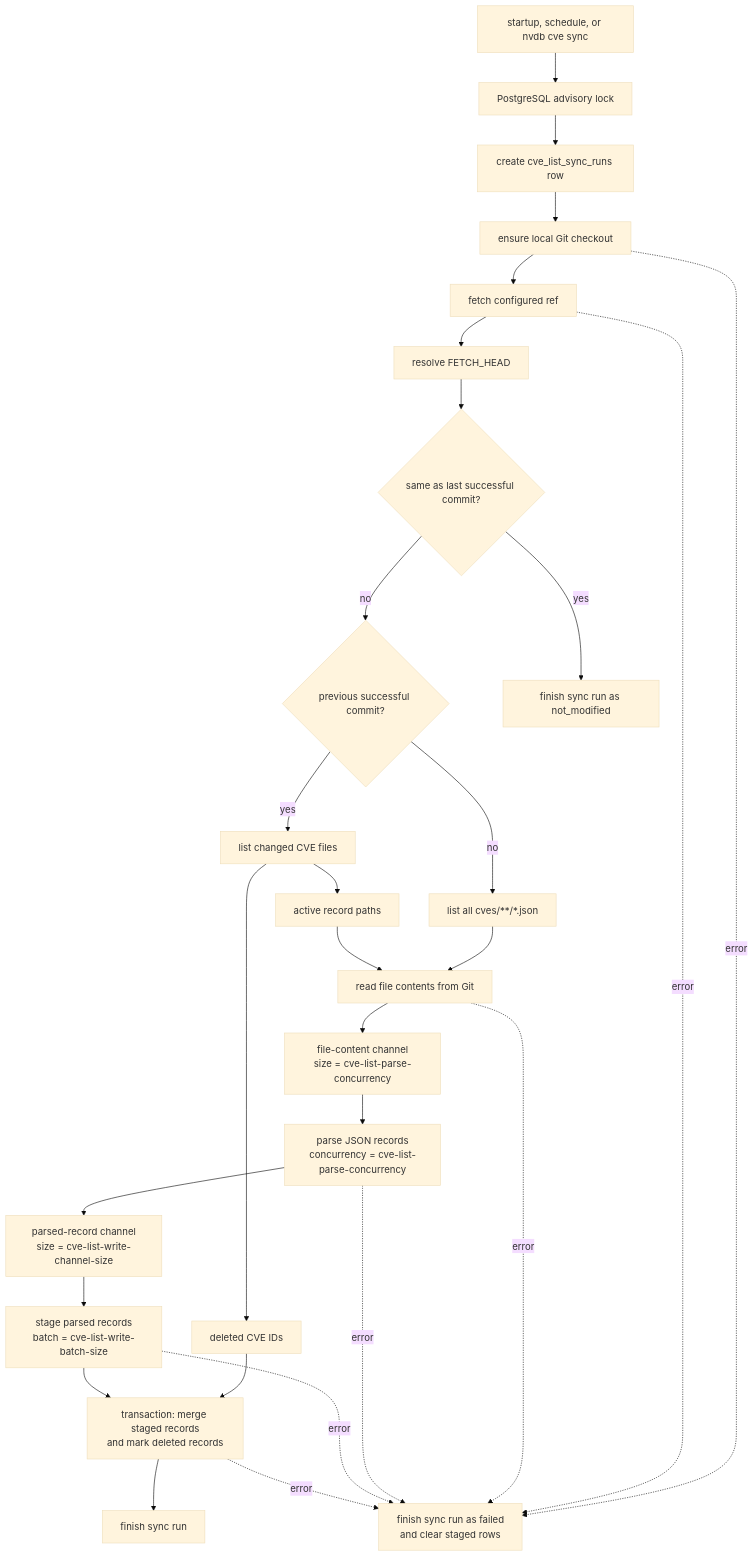
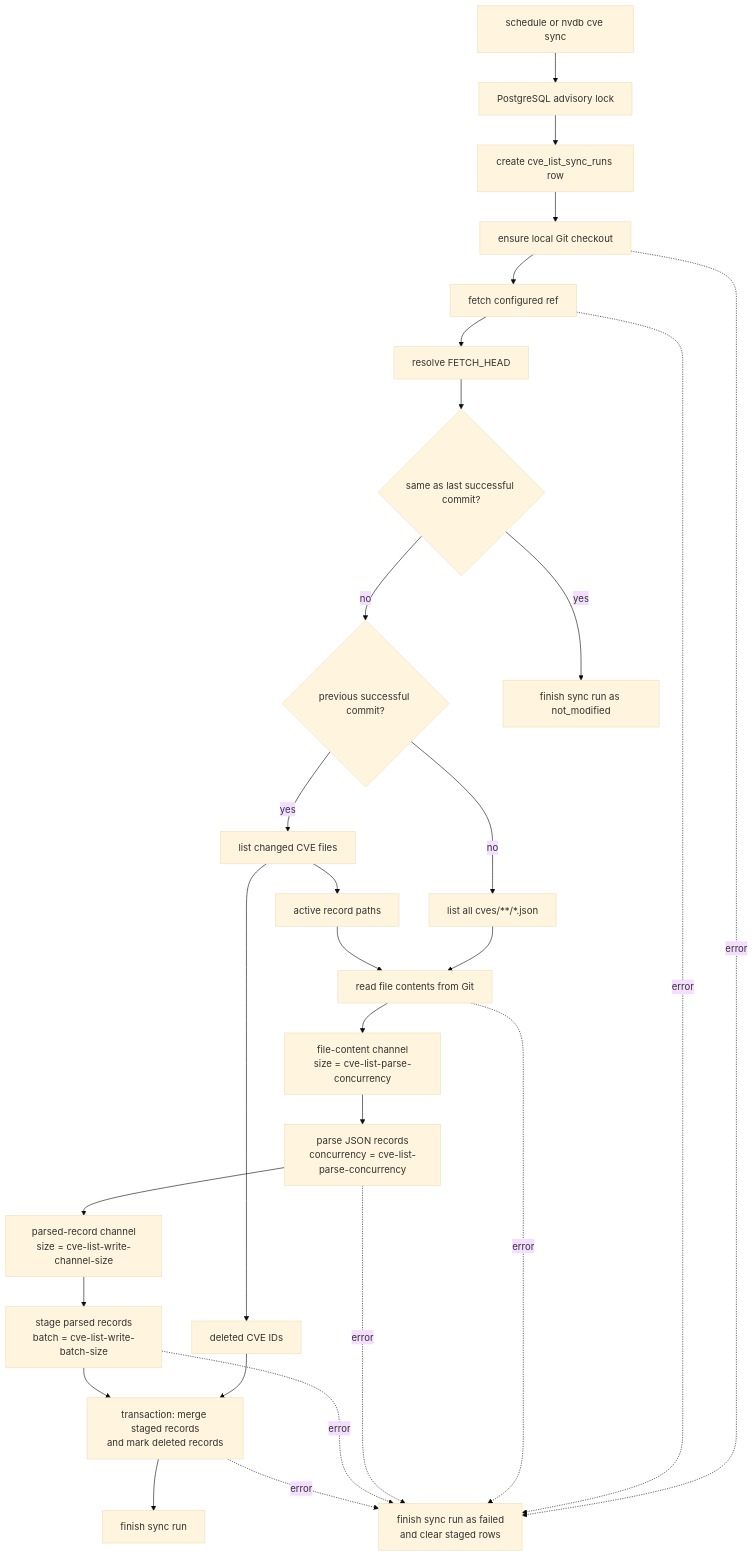
Before and after one commit to mitre/hipcheck: the diagram in night-vision/docs/backend/cve-ingest.md, drawn with Mermaid (base theme). The commit also changed other lines of this file and 8 other files, not shown here.

````diff
--- a/night-vision/docs/backend/cve-ingest.md
+++ b/night-vision/docs/backend/cve-ingest.md
@@ -13,40 +13,40 @@
 ```mermaid
 flowchart TD
-    start["startup, schedule, or nvdb cve sync"]
+    start["schedule or nvdb cve sync"]
     lock["PostgreSQL advisory lock"]
     run["create cve_list_sync_runs row"]
     checkout["ensure local Git checkout"]
     fetch["fetch configured ref"]
     resolve["resolve FETCH_HEAD"]
     previous{"same as last successful commit?"}
     list{"previous successful commit?"}
     all["list all cves/**/*.json"]
     changed["list changed CVE files"]
     active["active record paths"]
     deleted["deleted CVE IDs"]
     read["read file contents from Git"]
     file_channel["file-content channel<br>size = cve-list-parse-concurrency"]
     parse["parse JSON records<br>concurrency = cve-list-parse-concurrency"]
     write_channel["parsed-record channel<br>size = cve-list-write-channel-size"]
     stage["stage parsed records<br>batch = cve-list-write-batch-size"]
     publish["transaction: merge staged records<br>and mark deleted records"]
     finish["finish sync run"]
     not_modified["finish sync run as not_modified"]
     failed["finish sync run as failed<br>and clear staged rows"]
 
     start --> lock --> run --> checkout --> fetch --> resolve --> previous
     previous -- yes --> not_modified
     previous -- no --> list
     list -- no --> all --> read
     list -- yes --> changed
     changed --> active --> read
     changed --> deleted --> publish
     read --> file_channel --> parse --> write_channel --> stage --> publish
     publish --> finish
     checkout -. error .-> failed
     fetch -. error .-> failed
     read -. error .-> failed
     parse -. error .-> failed
     stage -. error .-> failed
     publish -. error .-> failed
 ```
````
